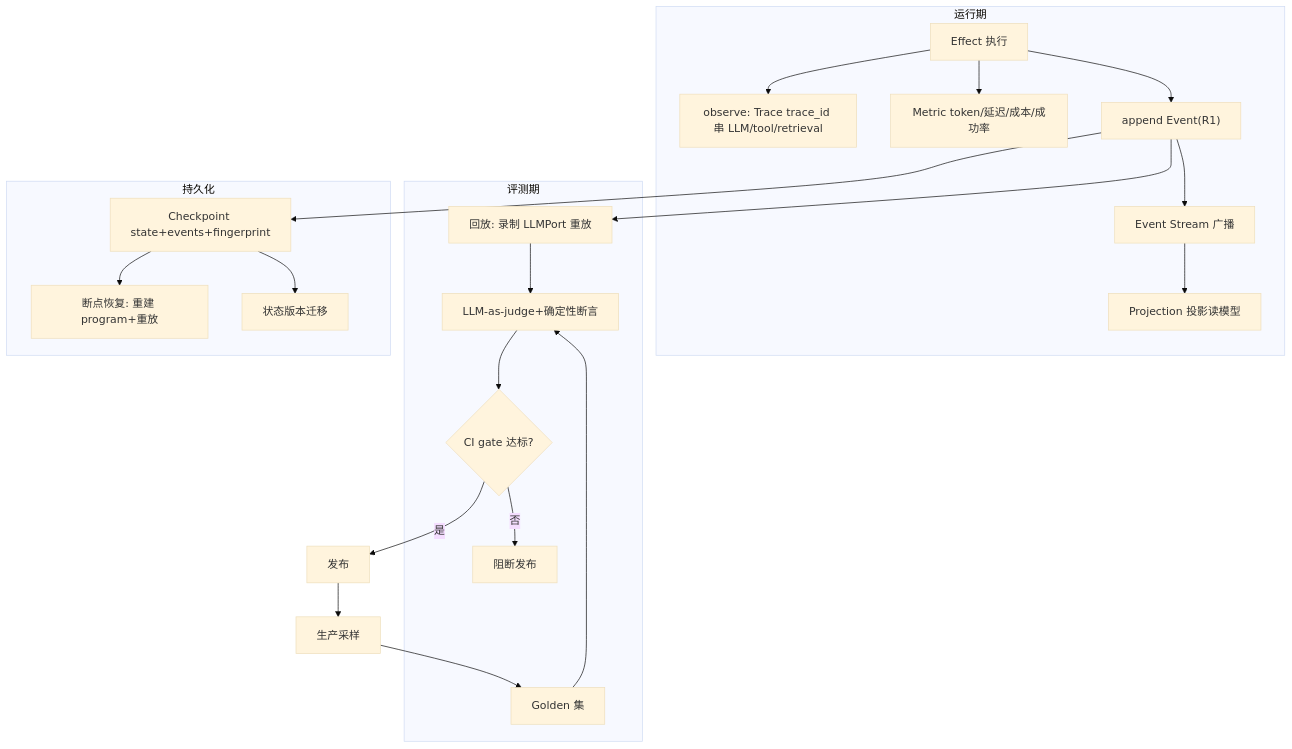
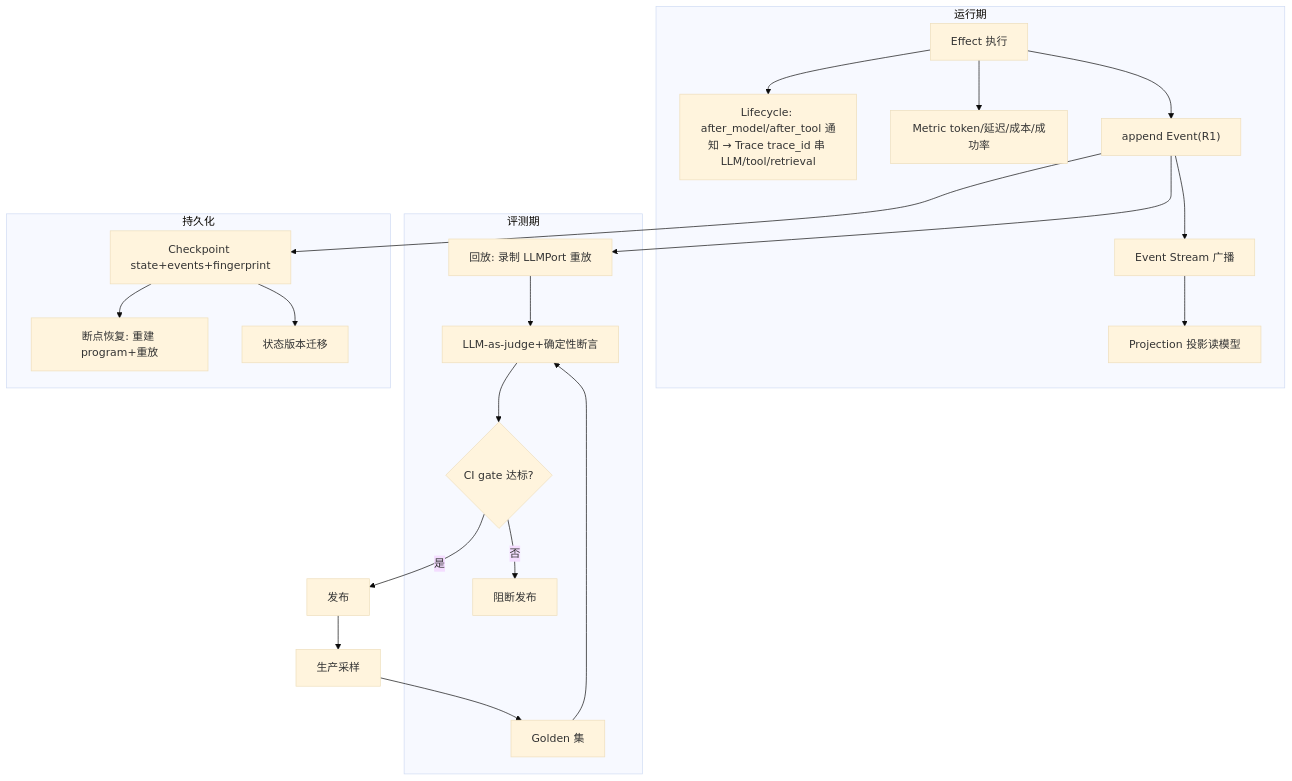
One commit to sao-lang/lll changed the diagram in docs/02-模块详设/Agent/R10-可观测评测与持久化.md. Above: the diagram before and after it, drawn with Mermaid (base theme). The commit also changed other lines of this file and 127 other files, not shown here.

````diff
--- a/docs/02-模块详设/Agent/R10-可观测评测与持久化.md
+++ b/docs/02-模块详设/Agent/R10-可观测评测与持久化.md
@@ -24,22 +24,22 @@
 ```mermaid
 flowchart TD
     subgraph 运行期
-        EX["Effect 执行"] --> TR["observe: Trace trace_id 串 LLM/tool/retrieval"]
+        EX["Effect 执行"] --> TR["Lifecycle: after_model/after_tool 通知 → Trace trace_id 串 LLM/tool/retrieval"]
         EX --> ME["Metric token/延迟/成本/成功率"]
         EX --> EV["append Event(R1)"] --> ES["Event Stream 广播"]
         ES --> PR["Projection 投影读模型"]
     end
     subgraph 评测期
         EV --> REP["回放: 录制 LLMPort 重放"]
         GS["Golden 集"] --> EVAL
         REP --> EVAL["LLM-as-judge+确定性断言"]
         EVAL --> GATE{"CI gate 达标?"}
         GATE -->|否| BLOCK["阻断发布"]
     end
     subgraph 持久化
         EV --> CP["Checkpoint state+events+fingerprint"]
         CP --> RES["断点恢复: 重建 program+重放"]
         CP --> MIG["状态版本迁移"]
     end
     GATE -->|是| PROD["发布"] --> SAMPLE["生产采样"] --> GS
 ```
````
